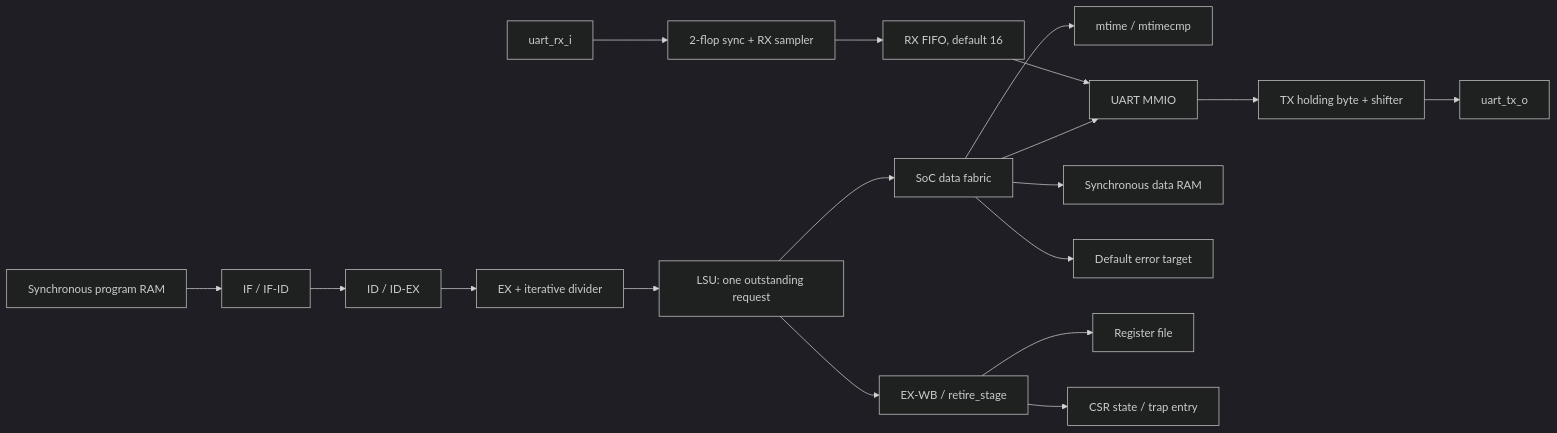
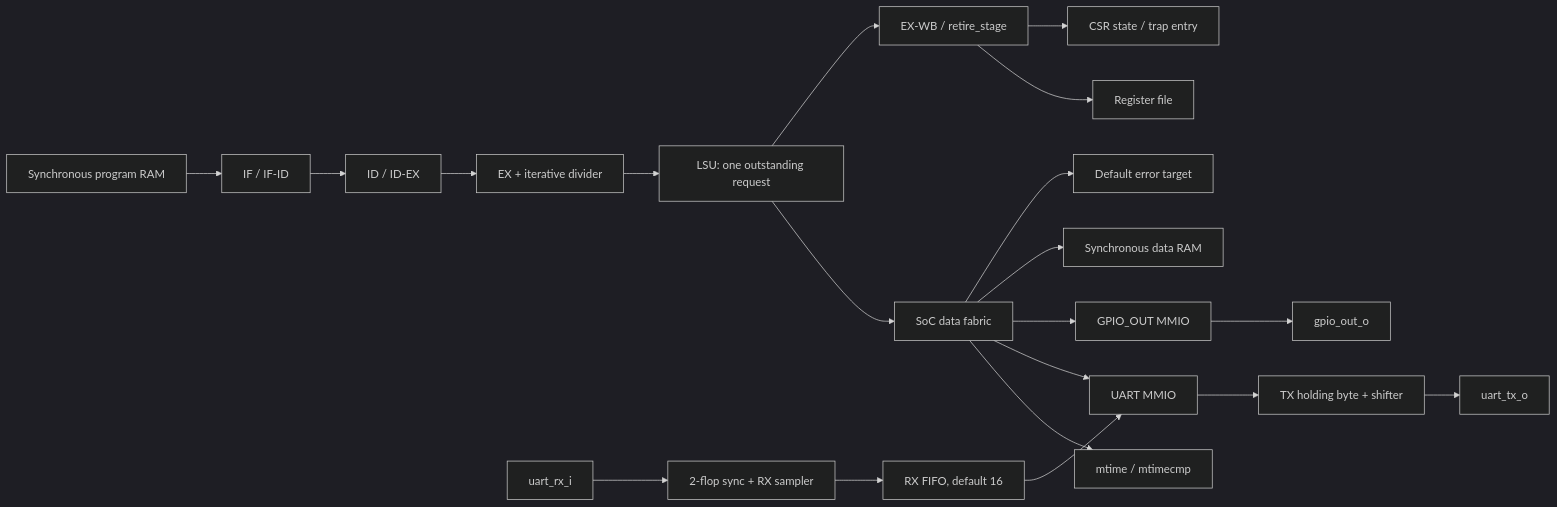
The diagram in README.md (HeTPort/Rsicv-soc), drawn with Mermaid (dark theme) before and after one commit. The commit also changed other lines of this file and 34 other files, not shown here.

````diff
--- a/README.md
+++ b/README.md
@@ -44,15 +45,16 @@
 ```mermaid
 flowchart LR
   PRAM["Synchronous program RAM"] --> IF["IF / IF-ID"]
   IF --> ID["ID / ID-EX"] --> EX["EX + iterative divider"]
   EX --> LSU["LSU: one outstanding request"] --> FABRIC["SoC data fabric"]
   FABRIC --> TIMER["mtime / mtimecmp"]
   FABRIC --> UART["UART MMIO"]
+  FABRIC --> GPIO["GPIO_OUT MMIO"] --> GPIOPIN["gpio_out_o"]
   FABRIC --> DRAM["Synchronous data RAM"]
   FABRIC --> ERR["Default error target"]
   LSU --> RETIRE["EX-WB / retire_stage"]
   RETIRE --> RF["Register file"]
   RETIRE --> CSR["CSR state / trap entry"]
   UART --> TX["TX holding byte + shifter"] --> TXPIN["uart_tx_o"]
   RXPIN["uart_rx_i"] --> RX["2-flop sync + RX sampler"] --> FIFO["RX FIFO, default 16"] --> UART
 ```
````
